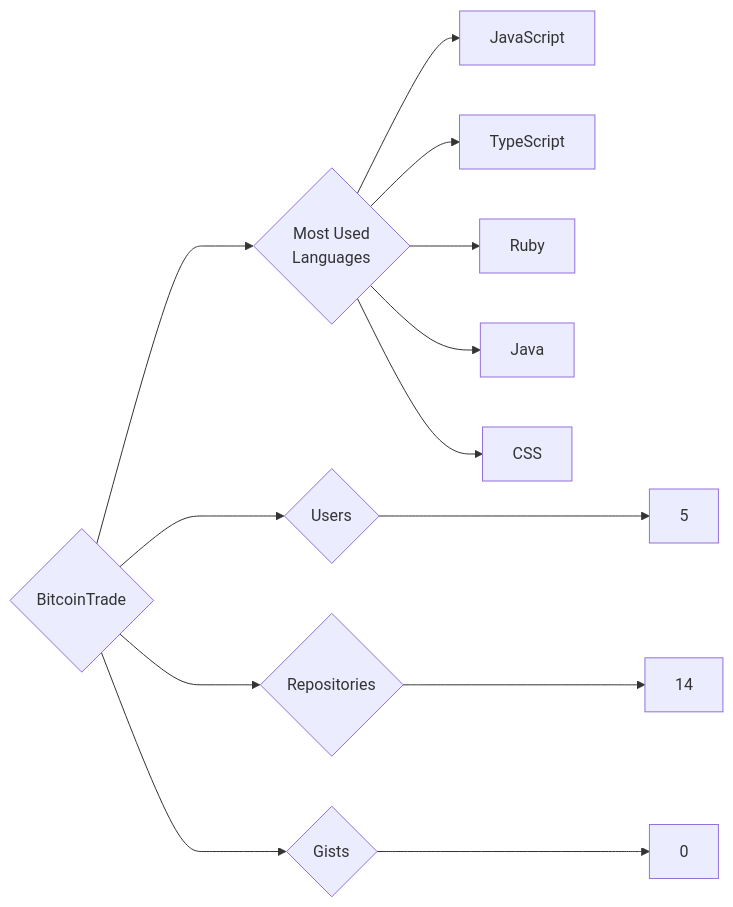
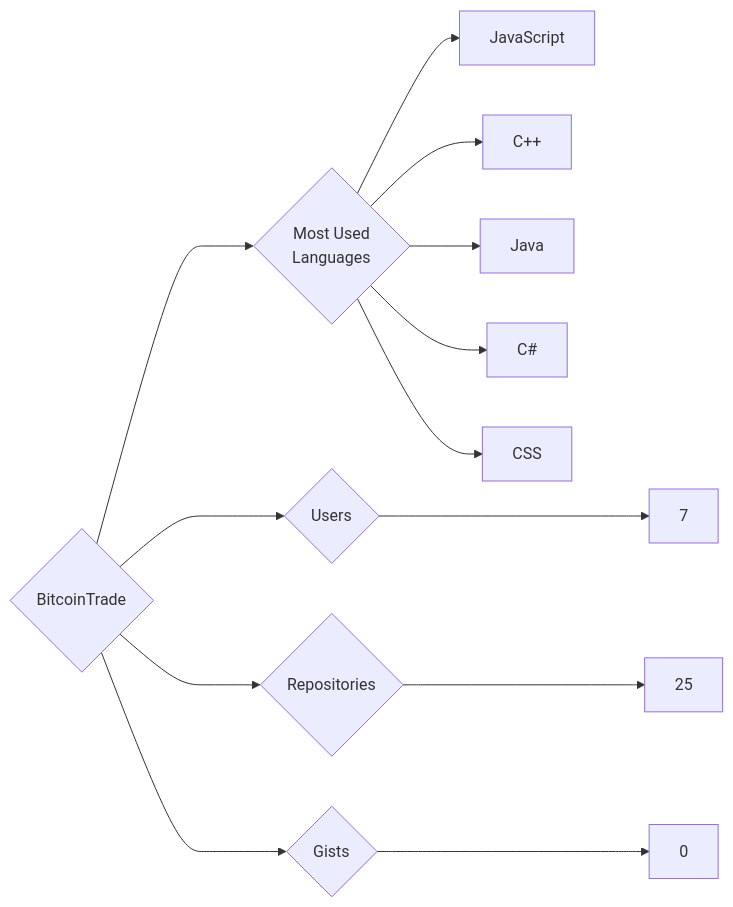
Before and after one commit to trickest/insiders: the diagram in targets/BitcoinTrade/README.md, drawn with Mermaid. The commit also changed 1011 other files, not shown here.

````diff
--- a/targets/BitcoinTrade/README.md
+++ b/targets/BitcoinTrade/README.md
@@ -3,13 +3,13 @@
 ```mermaid
 graph LR
 COMPANY_NAME{BitcoinTrade}
-COMPANY_NAME ---> U{Users} ---> UN[5]
-COMPANY_NAME ---> R{Repositories} ---> RN[14]
+COMPANY_NAME ---> U{Users} ---> UN[7]
+COMPANY_NAME ---> R{Repositories} ---> RN[25]
 COMPANY_NAME ---> G{Gists} ---> GN[0]
 COMPANY_NAME ---> ML{Most Used<br>Languages}
 ML --> JavaScript[JavaScript]
-ML --> TypeScript[TypeScript]
-ML --> Ruby[Ruby]
+ML --> C++[C++]
 ML --> Java[Java]
+ML --> C#[C#]
 ML --> CSS[CSS]
 ```
````
